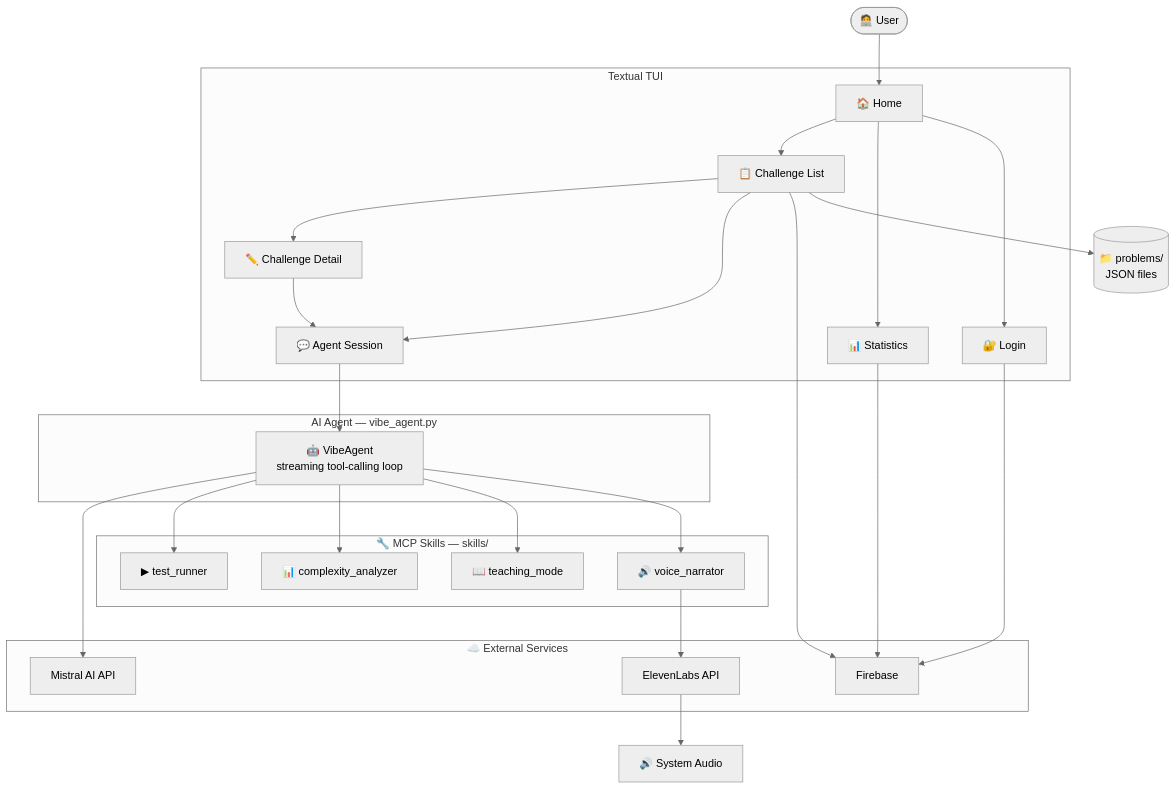
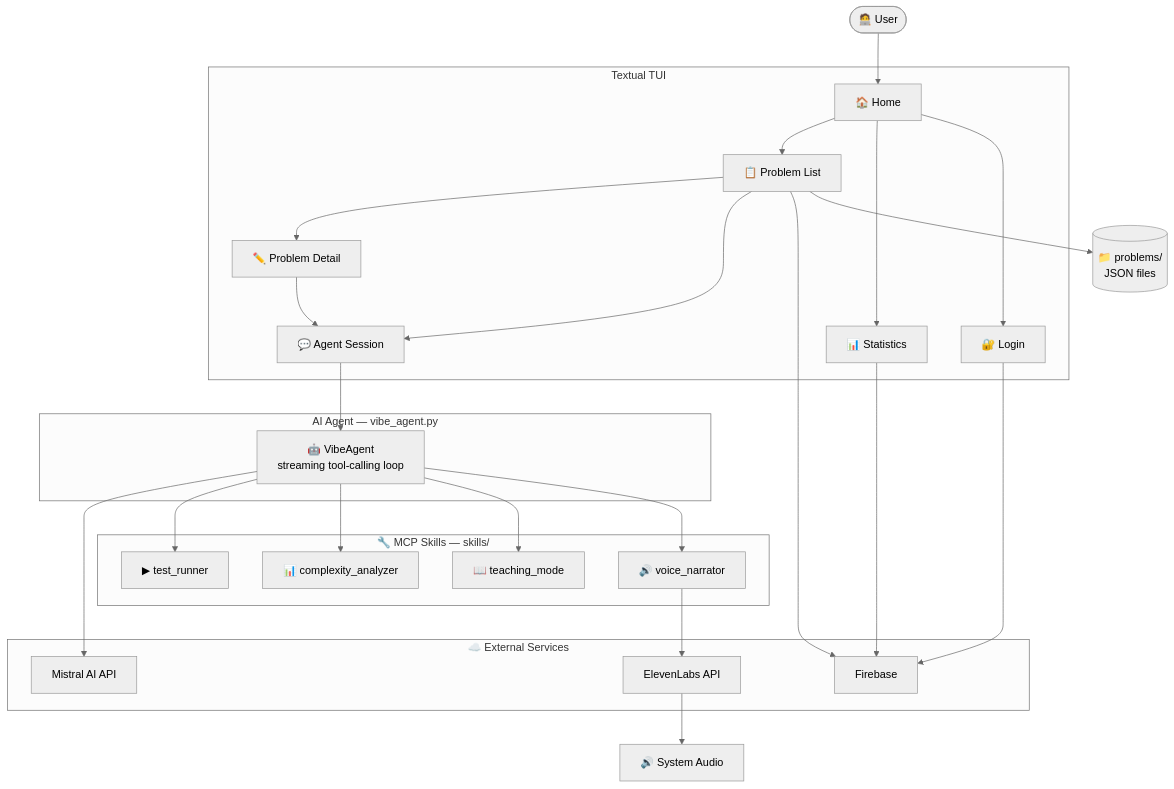
One commit to Hiba-Chaabnia/LeetVibe changed the third of 7 diagrams in README.md. Above: the diagram before and after it, drawn with Mermaid (neutral theme). The commit also changed other lines of this file and 34 other files, not shown here.

````diff
--- a/README.md
+++ b/README.md
@@ -224,46 +224,46 @@
 ```mermaid
 graph TD
     User(["🧑‍💻 User"])
 
     subgraph TUI["Textual TUI"]
         Home["🏠 Home"]
-        ChallengeList["📋 Challenge List"]
-        Detail["✏️ Challenge Detail"]
+        ProblemList["📋 Problem List"]
+        Detail["✏️ Problem Detail"]
         AgentSession["💬 Agent Session"]
         Stats["📊 Statistics"]
         Login["🔐 Login"]
     end
 
     subgraph Agent["AI Agent — vibe_agent.py"]
         VibeAgent["🤖 VibeAgent\nstreaming tool-calling loop"]
     end
 
     subgraph Skills["🔧 MCP Skills — skills/"]
         TestRunner["▶ test_runner"]
         Complexity["📊 complexity_analyzer"]
         Teaching["📖 teaching_mode"]
         Voice["🔊 voice_narrator"]
     end
 
     subgraph External["☁️ External Services"]
         MistralAPI["Mistral AI API"]
         ElevenLabsAPI["ElevenLabs API"]
         FirestoreDB["Firebase"]
     end
 
     Problems[("📁 problems/\nJSON files")]
     Audio["🔊 System Audio"]
 
     User --> Home
-    Home --> ChallengeList & Stats & Login
-    ChallengeList --> Detail & AgentSession
+    Home --> ProblemList & Stats & Login
+    ProblemList --> Detail & AgentSession
     Detail --> AgentSession
 
     AgentSession --> VibeAgent
     VibeAgent --> MistralAPI
     VibeAgent --> TestRunner & Complexity & Teaching & Voice
 
     Voice --> ElevenLabsAPI --> Audio
-    Login & Stats & ChallengeList --> FirestoreDB
-    ChallengeList --> Problems
+    Login & Stats & ProblemList --> FirestoreDB
+    ProblemList --> Problems
 ```
````
